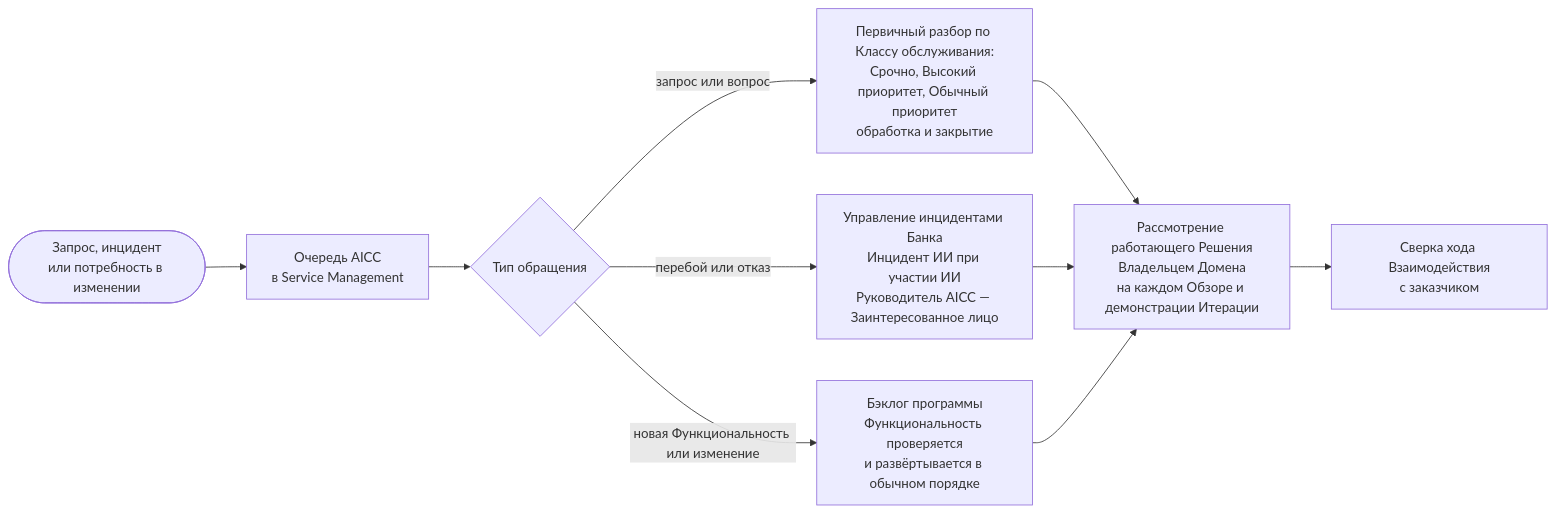
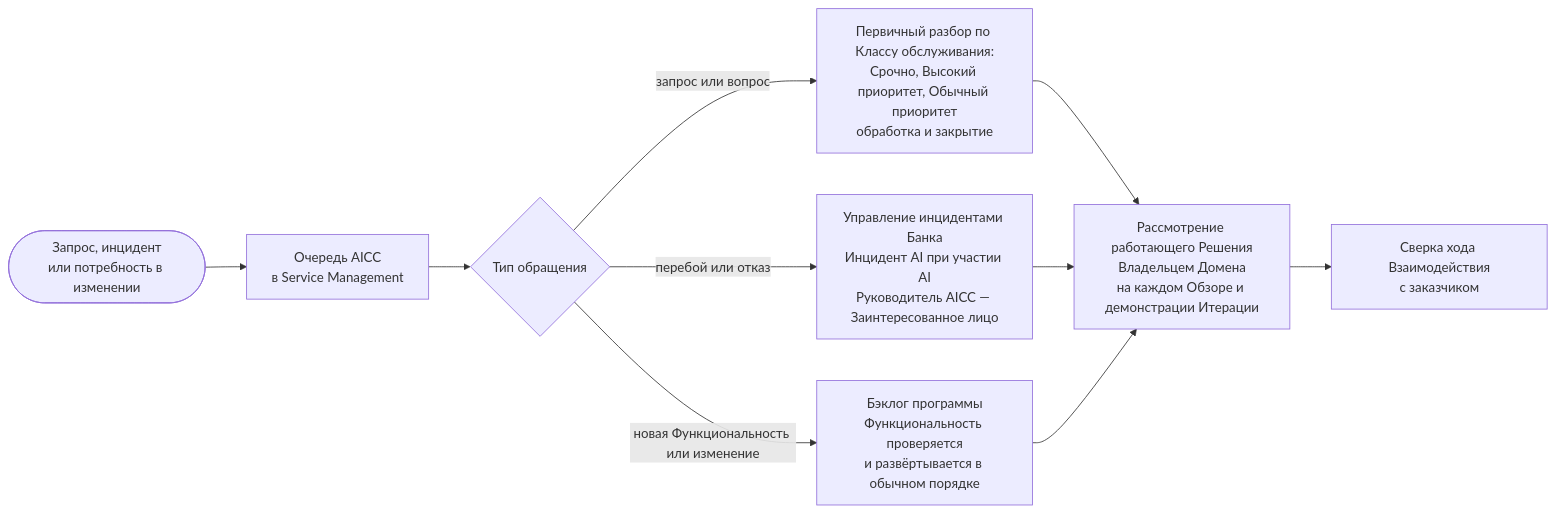
One commit to devhogu/ob-aicc changed the fourth of 4 diagrams in charter/ru/guides/engagement-guide.md. Above: the diagram before and after it, drawn with Mermaid. The commit also changed other lines of this file and 768 other files, not shown here.

````diff
--- a/charter/ru/guides/engagement-guide.md
+++ b/charter/ru/guides/engagement-guide.md
@@ -114,12 +114,12 @@
 ```mermaid
 flowchart LR
   RQ(["Запрос, инцидент<br/>или потребность в изменении"]) --> SM["Очередь AICC<br/>в Service Management"]
   SM --> TR{"Тип обращения"}
   TR -->|"запрос или вопрос"| HD["Первичный разбор по Классу обслуживания:<br/>Срочно, Высокий приоритет, Обычный приоритет<br/>обработка и закрытие"]
-  TR -->|"перебой или отказ"| IM["Управление инцидентами Банка<br/>Инцидент ИИ при участии ИИ<br/>Руководитель AICC — Заинтересованное лицо"]
+  TR -->|"перебой или отказ"| IM["Управление инцидентами Банка<br/>Инцидент AI при участии AI<br/>Руководитель AICC — Заинтересованное лицо"]
   TR -->|"новая Функциональность или изменение"| BL["Бэклог программы<br/>Функциональность проверяется<br/>и развёртывается в обычном порядке"]
   HD --> RV["Рассмотрение работающего Решения<br/>Владельцем Домена<br/>на каждом Обзоре и демонстрации Итерации"]
   IM --> RV
   BL --> RV
   RV --> CK["Сверка хода Взаимодействия<br/>с заказчиком"]
 ```
````
